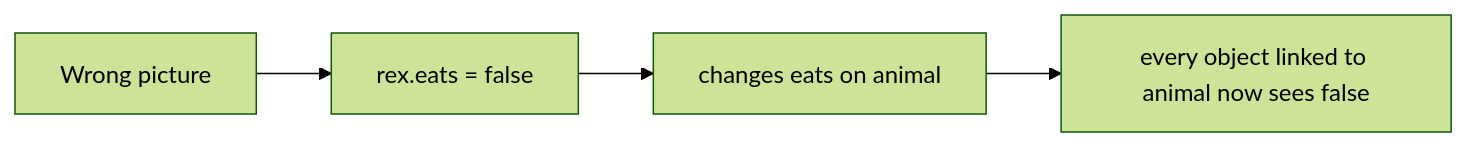
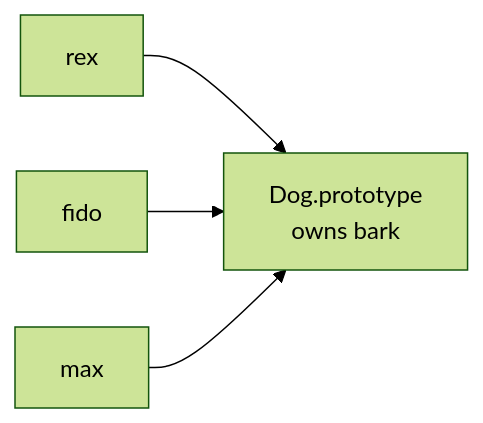
Before and after one commit to starjustice/research-material: the third of 4 diagrams in learn/javascript/07-objects-and-prototypes.md, drawn with Mermaid (forest theme). The commit also changed other lines of this file, not shown here.

````diff
--- a/learn/javascript/07-objects-and-prototypes.md
+++ b/learn/javascript/07-objects-and-prototypes.md
@@ -126,6 +137,6 @@
 ```mermaid
 graph LR
-    A["Wrong picture"] --> B["rex.eats = false"]
-    B --> C["changes eats on animal"]
-    C --> D["every object linked to animal now sees false"]
+    R["rex"] --> DP["Dog.prototype<br/>owns bark"]
+    F["fido"] --> DP
+    M["max"] --> DP
 ```
````
